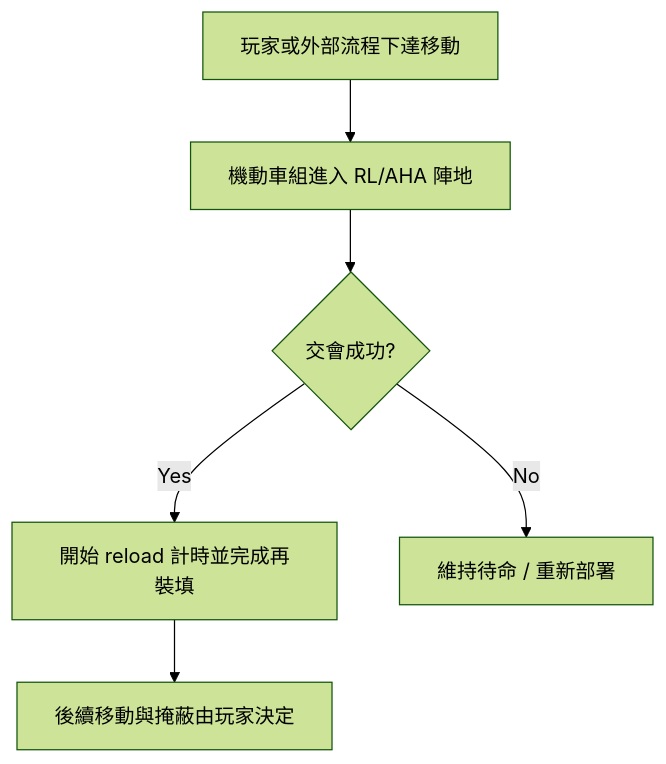
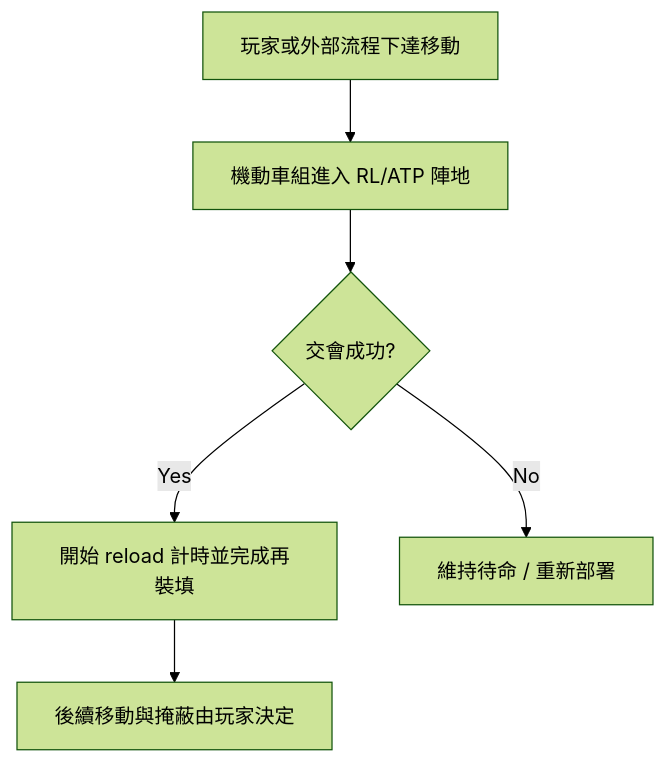
Before and after one commit to pullupjumper/formosa-in-flames: the second of 2 diagrams in docs/missileSystem/README.md, drawn with Mermaid (forest theme). The commit also changed other lines of this file and 59 other files, not shown here.

First line of the commit message:
refactor(missileSystem): rename ammo holding area (AHA) to ammunition transfer point (ATP)

````diff
--- a/docs/missileSystem/README.md
+++ b/docs/missileSystem/README.md
@@ -90,8 +90,8 @@
 ```mermaid
 flowchart TB
-    TW_CTRL[玩家或外部流程下達移動] --> TW_RL[機動車組進入 RL/AHA 陣地]
+    TW_CTRL[玩家或外部流程下達移動] --> TW_RL[機動車組進入 RL/ATP 陣地]
     TW_RL --> TW_MEET{交會成功?}
     TW_MEET -->|Yes| TW_RELOAD[開始 reload 計時並完成再裝填]
     TW_MEET -->|No| TW_WAIT[維持待命 / 重新部署]
     TW_RELOAD --> TW_NEXT[後續移動與掩蔽由玩家決定]
 ```
````
